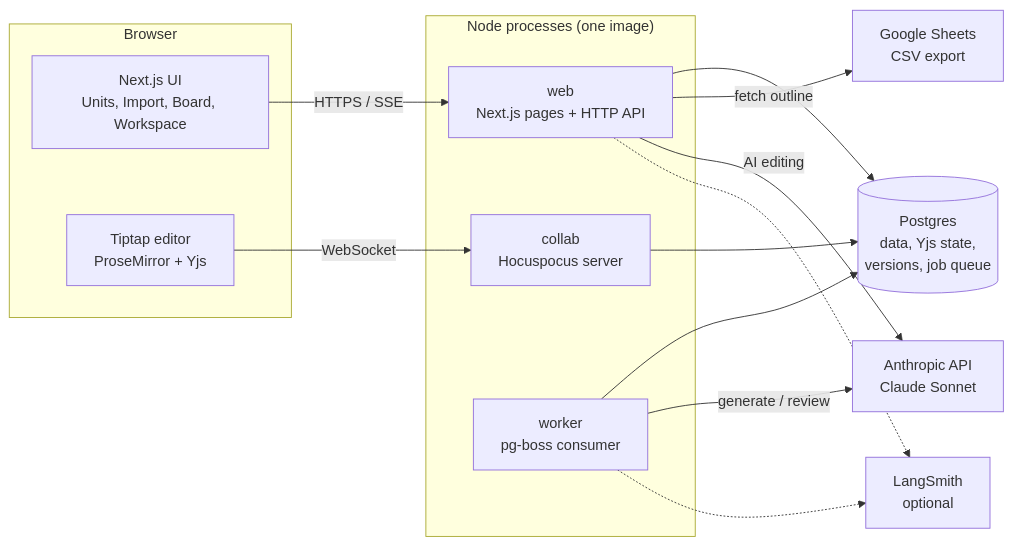
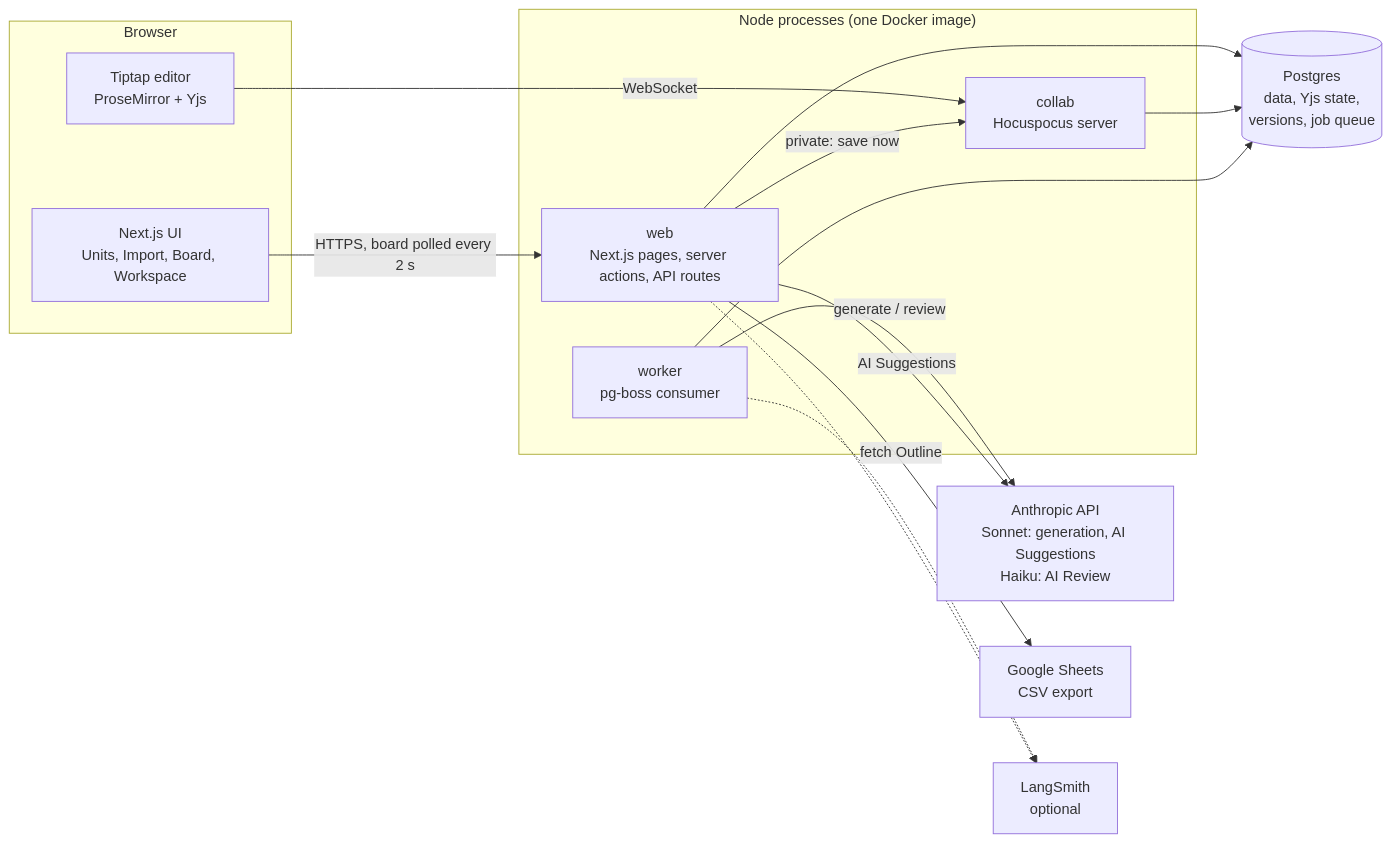
The first of 10 diagrams in docs/architecture.md (debudash/create-learningmodule), drawn with Mermaid before and after one commit. The commit also changed other lines of this file, not shown here.

Commit message:
architecture.md: match the system as built (polling not SSE, real package graph, ai_reviews and digests, server actions, approval and AI Suggestion flows, Haiku review, hosting)

````diff
--- a/docs/architecture.md
+++ b/docs/architecture.md
@@ -7,29 +7,30 @@
 ```mermaid
 flowchart LR
   subgraph Browser
     UI[Next.js UI<br/>Units, Import, Board, Workspace]
     ED[Tiptap editor<br/>ProseMirror + Yjs]
   end
 
-  subgraph Server["Node processes (one image)"]
-    WEB[web<br/>Next.js pages + HTTP API]
+  subgraph Server["Node processes (one Docker image)"]
+    WEB[web<br/>Next.js pages, server actions, API routes]
     COLLAB[collab<br/>Hocuspocus server]
     WORKER[worker<br/>pg-boss consumer]
   end
 
   PG[(Postgres<br/>data, Yjs state,<br/>versions, job queue)]
-  LLM[Anthropic API<br/>Claude Sonnet]
+  LLM[Anthropic API<br/>Sonnet: generation, AI Suggestions<br/>Haiku: AI Review]
   SHEETS[Google Sheets<br/>CSV export]
   LS[LangSmith<br/>optional]
 
-  UI -- HTTPS / SSE --> WEB
+  UI -- HTTPS, board polled every 2 s --> WEB
   ED -- WebSocket --> COLLAB
   WEB --> PG
   COLLAB --> PG
   WORKER --> PG
-  WEB -- fetch outline --> SHEETS
+  WEB -- private: save now --> COLLAB
+  WEB -- fetch Outline --> SHEETS
   WORKER -- generate / review --> LLM
-  WEB -- AI editing --> LLM
+  WEB -- AI Suggestions --> LLM
   WORKER -.-> LS
   WEB -.-> LS
 ```
````
